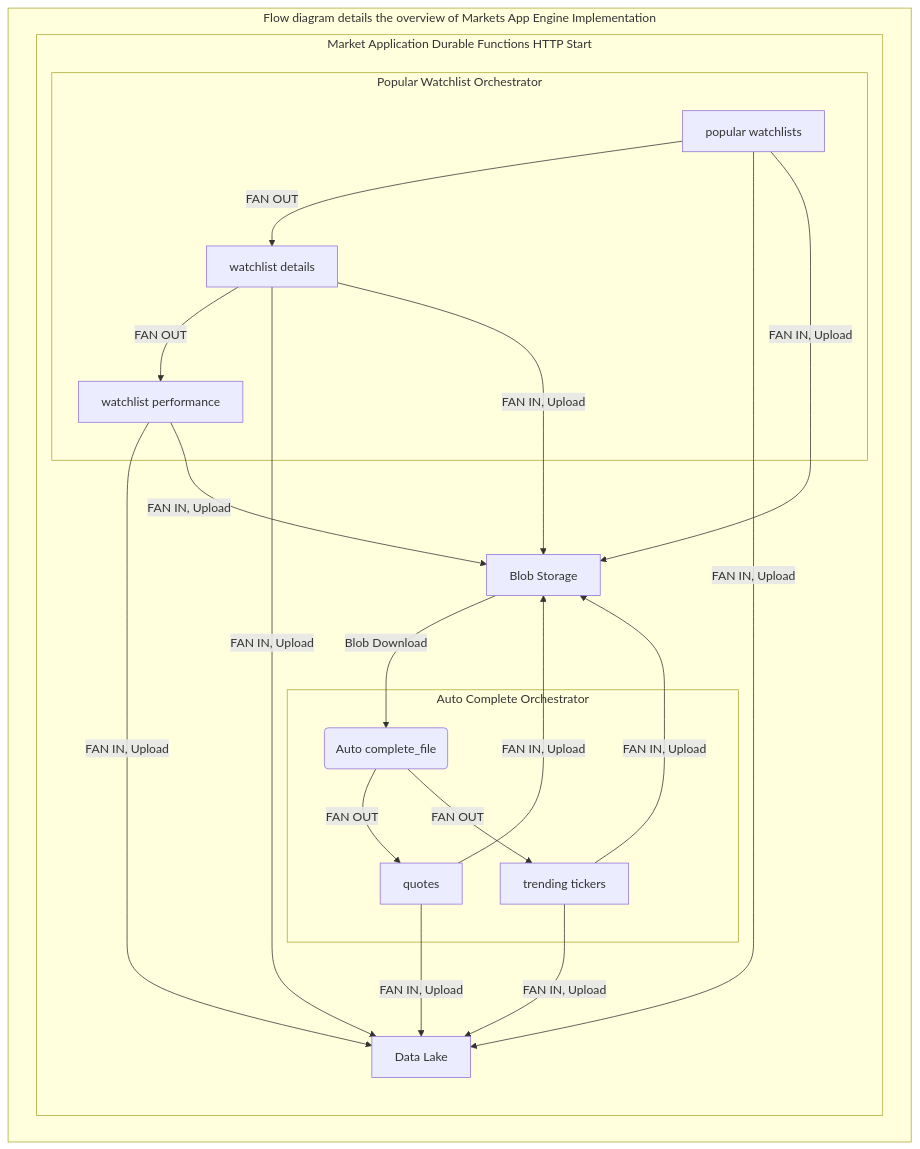
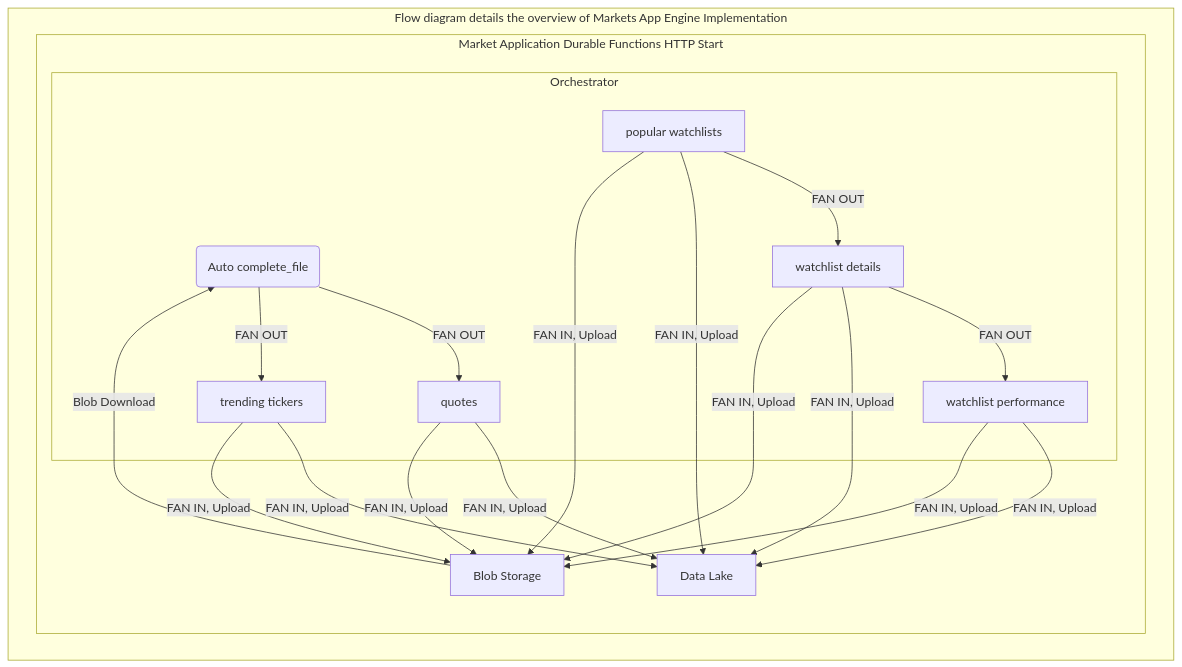
One commit to Market-Finance/marketsApp changed the diagram in README.md. Above: the diagram before and after it, drawn with Mermaid. The commit also changed 9 other files, not shown here.

````diff
--- a/README.md
+++ b/README.md
@@ -187,40 +187,38 @@
 ```mermaid
     graph TD
     A(Auto complete_file)
     B[popular watchlists]
     C[quotes]
     D[trending tickers]
     E[watchlist details]
     F[watchlist performance]
     I[Data Lake]
     J[Blob Storage]
 
     subgraph Flow diagram details the overview of Markets App Engine Implementation
 
         J --Blob Download --> A
         subgraph Market Application Durable Functions HTTP Start
-            subgraph Auto Complete Orchestrator
+            subgraph Orchestrator
                 A --FAN OUT --> C
                 A --FAN OUT --> D
-                end
-            
-            subgraph Popular Watchlist Orchestrator
+    
                 B -- FAN OUT --> E 
                 E -- FAN OUT --> F
                 end
             
             C -- FAN IN, Upload --> I 
             D -- FAN IN, Upload --> I
             B -- FAN IN, Upload --> I
             E -- FAN IN, Upload --> I
             F -- FAN IN, Upload --> I
 
             C -- FAN IN, Upload --> J
             D -- FAN IN, Upload --> J
             B -- FAN IN, Upload --> J
             E -- FAN IN, Upload --> J
             F -- FAN IN, Upload --> J
             end
         end
 
 ```
````
